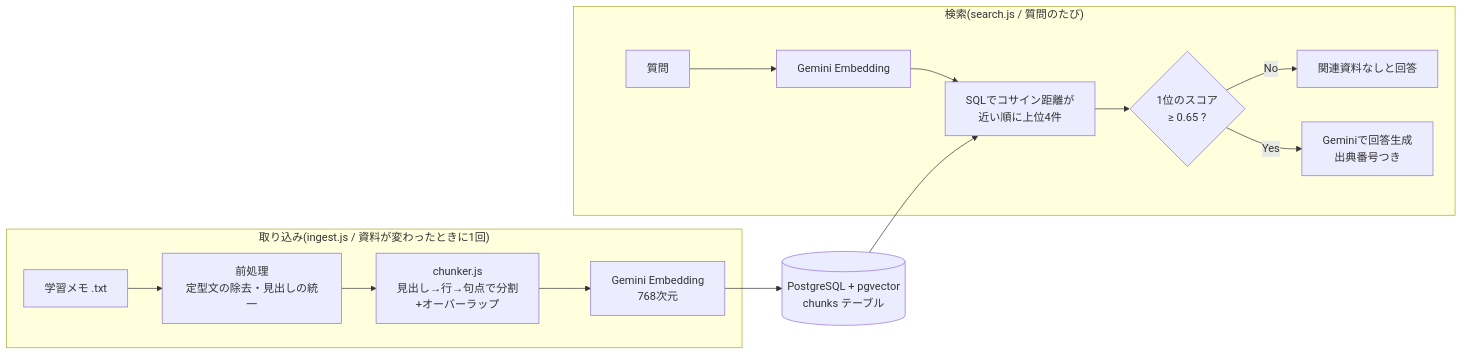
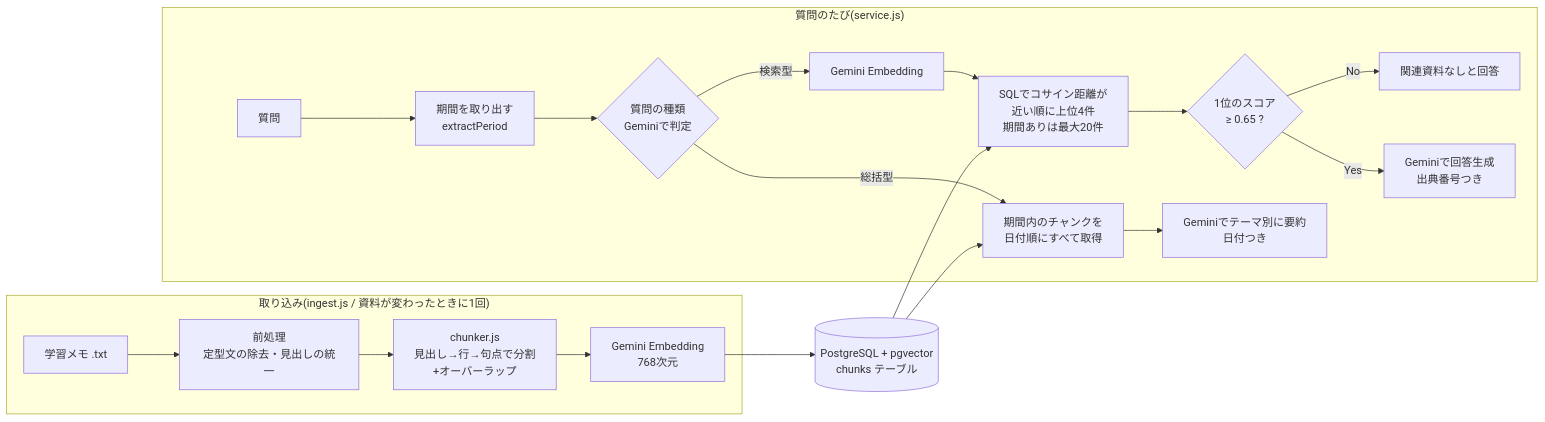
Before and after one commit to tomo-dev-ai/ai-chat-app: the diagram in README.md, drawn with Mermaid. The commit also changed other lines of this file and 4 other files, not shown here.

````diff
--- a/README.md
+++ b/README.md
@@ -123,17 +123,22 @@
 ```mermaid
 flowchart LR
   subgraph 取り込み["取り込み(ingest.js / 資料が変わったときに1回)"]
     A[学習メモ .txt] --> B[前処理<br/>定型文の除去・見出しの統一]
     B --> C[chunker.js<br/>見出し→行→句点で分割<br/>+オーバーラップ]
     C --> D[Gemini Embedding<br/>768次元]
   end
   D --> E[(PostgreSQL + pgvector<br/>chunks テーブル)]
-  subgraph 検索["検索(search.js / 質問のたび)"]
-    Q[質問] --> F[Gemini Embedding]
-    F --> G[SQLでコサイン距離が<br/>近い順に上位4件]
+  subgraph 質問["質問のたび(service.js)"]
+    Q[質問] --> P[期間を取り出す<br/>extractPeriod]
+    P --> K{質問の種類<br/>Geminiで判定}
+    K -- 検索型 --> F[Gemini Embedding]
+    F --> G[SQLでコサイン距離が<br/>近い順に上位4件<br/>期間ありは最大20件]
     G --> H{1位のスコア<br/>≥ 0.65 ?}
     H -- No --> I[関連資料なしと回答]
     H -- Yes --> J[Geminiで回答生成<br/>出典番号つき]
+    K -- 総括型 --> S[期間内のチャンクを<br/>日付順にすべて取得]
+    S --> T[Geminiでテーマ別に要約<br/>日付つき]
   end
   E --> G
+  E --> S
 ```
````
